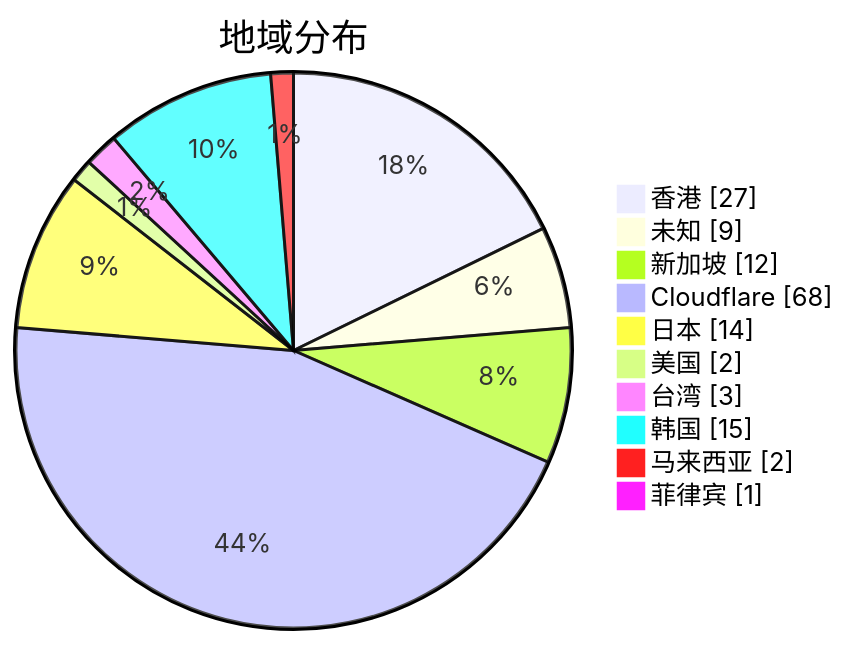
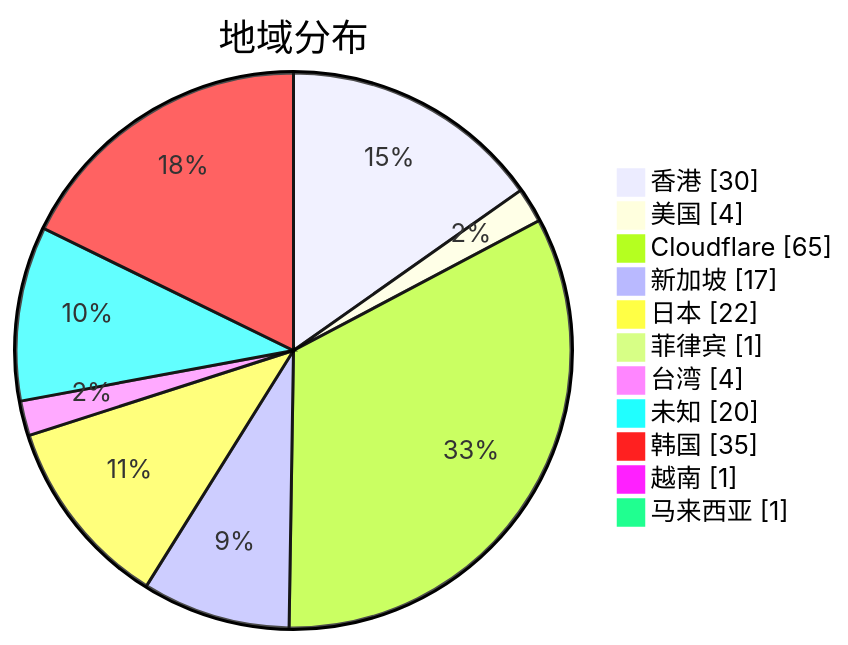
One commit to qjlxg/airport changed the second of 3 diagrams in subs/statistics/tested_within.md. Above: the diagram before and after it, drawn with Mermaid. The commit also changed other lines of this file and 2 other files, not shown here.

````diff
--- a/subs/statistics/tested_within.md
+++ b/subs/statistics/tested_within.md
@@ -12,14 +12,15 @@
 ```mermaid
 pie showData
 title 地域分布
-"香港" : 27
-"未知" : 9
-"新加坡" : 12
-"Cloudflare" : 68
-"日本" : 14
-"美国" : 2
-"台湾" : 3
-"韩国" : 15
-"马来西亚" : 2
+"香港" : 30
+"美国" : 4
+"Cloudflare" : 65
+"新加坡" : 17
+"日本" : 22
 "菲律宾" : 1
+"台湾" : 4
+"未知" : 20
+"韩国" : 35
+"越南" : 1
+"马来西亚" : 1
 ```
````
